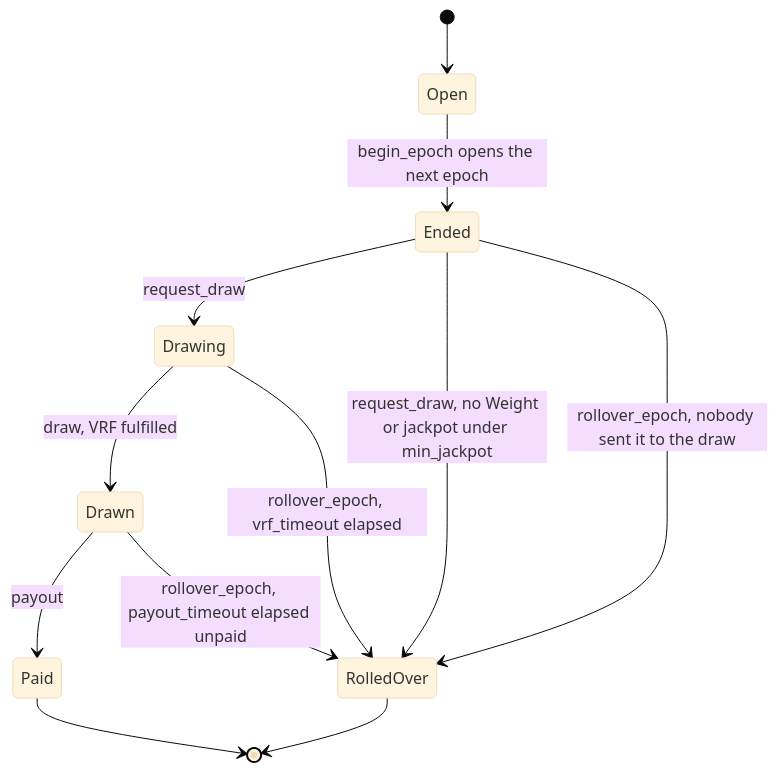
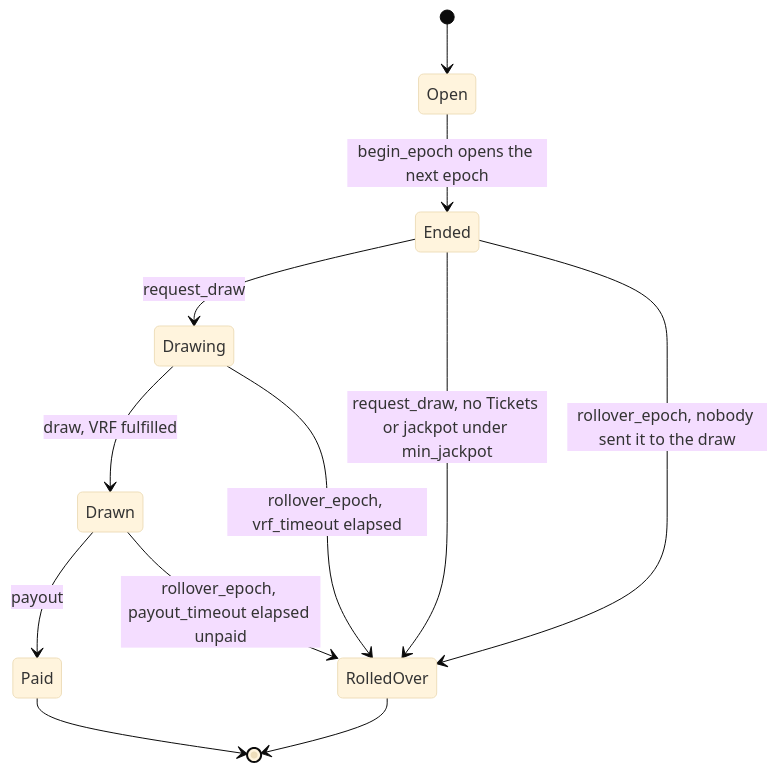
The fifth of 6 diagrams in docs/architecture.md (easonchai/hexofun), drawn with Mermaid (base theme) before and after one commit. The commit also changed other lines of this file and 6 other files, not shown here.

````diff
--- a/docs/architecture.md
+++ b/docs/architecture.md
@@ -146,14 +277,14 @@
 ```mermaid
 stateDiagram-v2
     [*] --> Open
     Open --> Ended: begin_epoch opens the next epoch
     Ended --> Drawing: request_draw
-    Ended --> RolledOver: request_draw, no Weight or jackpot under min_jackpot
+    Ended --> RolledOver: request_draw, no Tickets or jackpot under min_jackpot
     Ended --> RolledOver: rollover_epoch, nobody sent it to the draw
     Drawing --> Drawn: draw, VRF fulfilled
     Drawing --> RolledOver: rollover_epoch, vrf_timeout elapsed
     Drawn --> Paid: payout
     Drawn --> RolledOver: rollover_epoch, payout_timeout elapsed unpaid
     Paid --> [*]
     RolledOver --> [*]
 ```
````
